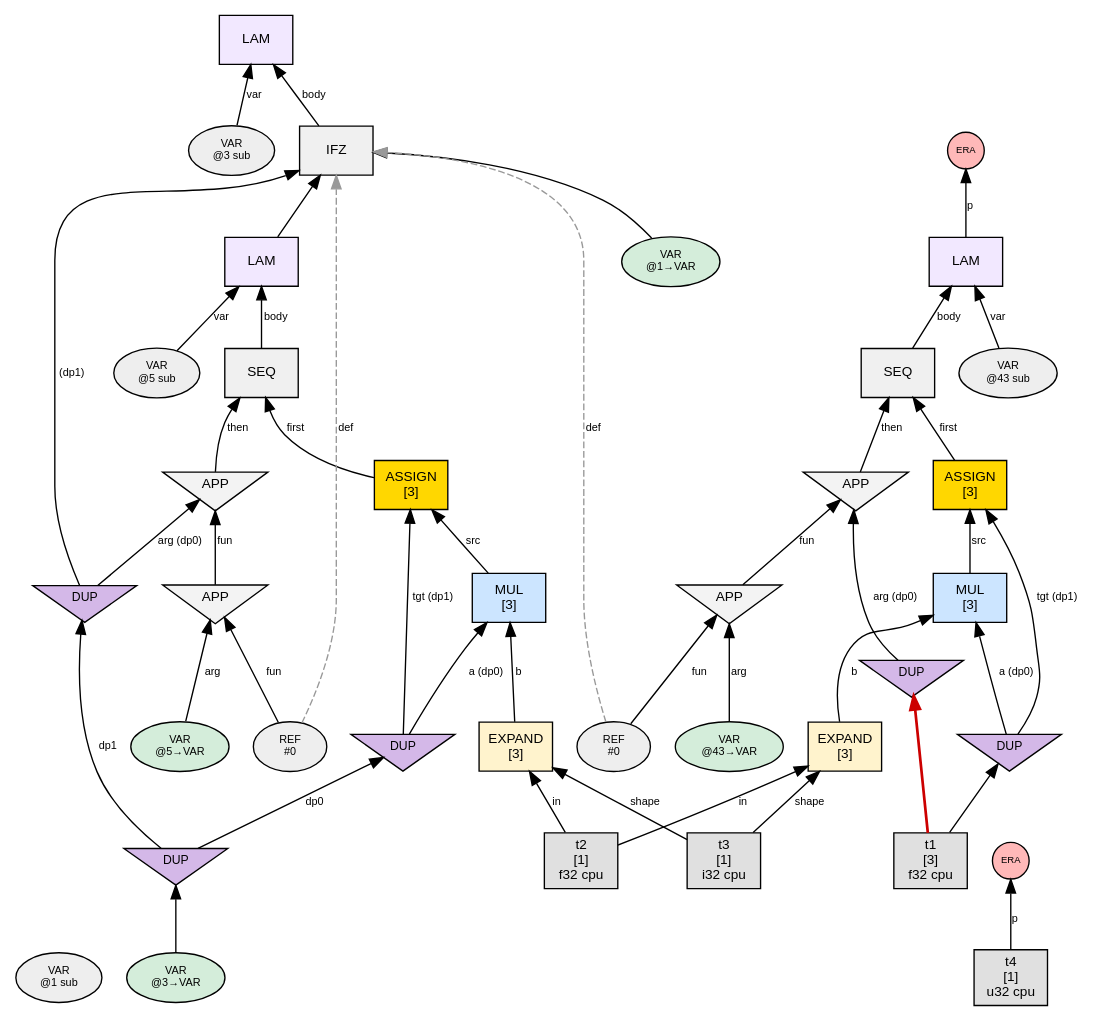
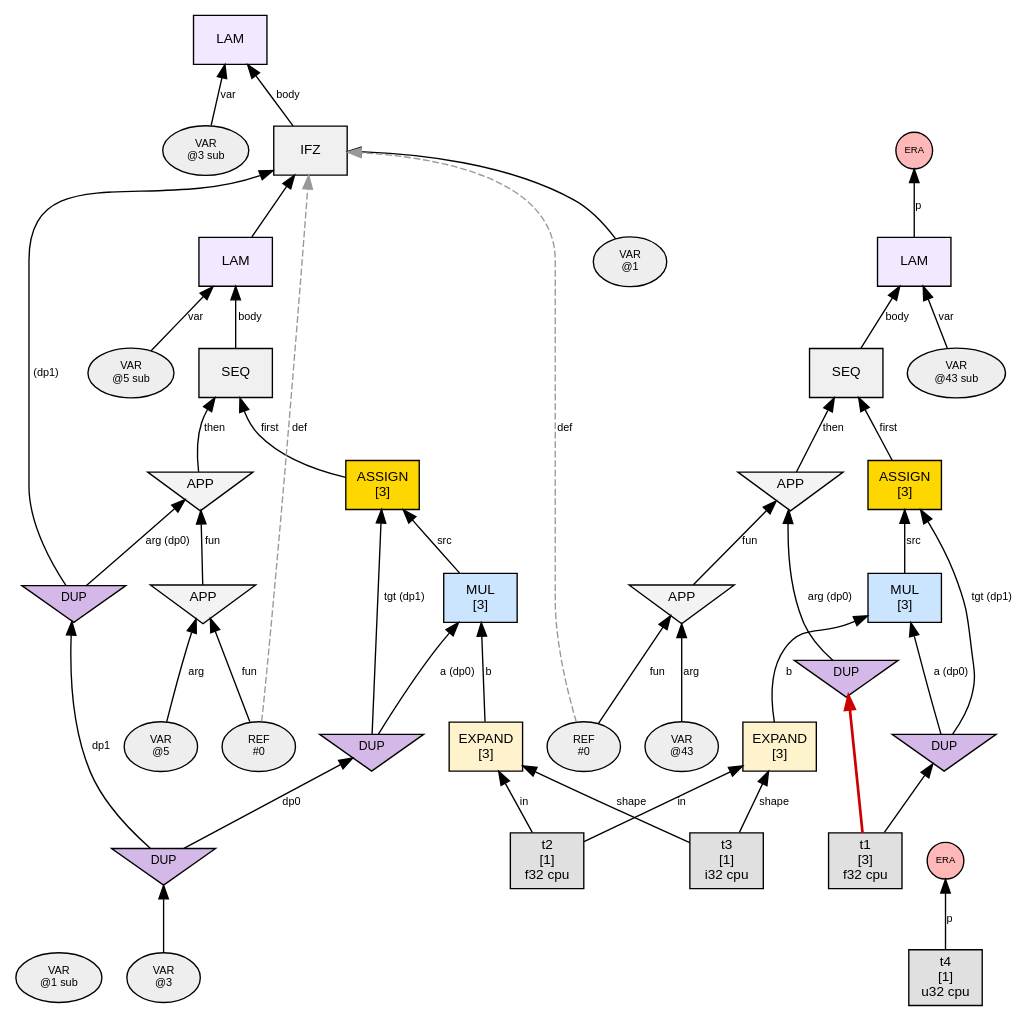
Before and after one commit to sw1sh/TinyHVM: the diagram in phase1_graphs/loop_assign_simple/n0_steps/step_007_interact_DP1.dot, drawn with Graphviz. The commit also changed 106 other files, not shown here.

```diff
--- a/phase1_graphs/loop_assign_simple/n0_steps/step_007_interact_DP1.dot
+++ b/phase1_graphs/loop_assign_simple/n0_steps/step_007_interact_DP1.dot
@@ -1,87 +1,87 @@
 digraph G {
   // PREV_INTERACTION: interact_DP1
   // NEXT_INTERACTION: interact_DP1
   rankdir=BT;
   node [fontname="Helvetica", fontsize=10, style=filled, shape=box, margin="0.1,0.05"];
   edge [fontsize=8, fontname="Helvetica"];
 
   var1 [label="VAR\n@1 sub", shape=oval, fillcolor="#eeeeee", fontsize=8];
   n3 [label="LAM", shape=box, fillcolor="#f2e8ff"];
   var3 [label="VAR\n@3 sub", shape=oval, fillcolor="#eeeeee", fontsize=8];
   var3 -> n3 [label="var"];
   n26 -> n3 [label="body"];
   n26 [label="IFZ", shape=box, fillcolor="#f0f0f0"];
-  var26 [label="VAR\n@1→VAR", shape=oval, fillcolor="#d4edda", fontsize=8];
+  var26 [label="VAR\n@1", shape=oval, fillcolor="#eeeeee", fontsize=8];
   var26 -> n26 [label=""];
   dup9 [label="DUP", shape=invtriangle, fillcolor="#d4b8e8", fontsize=9, width=0.7, height=0.5];
   dup7 -> dup9 [label="dp1"];
   dup7 [label="DUP", shape=invtriangle, fillcolor="#d4b8e8", fontsize=9, width=0.7, height=0.5];
-  var7 [label="VAR\n@3→VAR", shape=oval, fillcolor="#d4edda", fontsize=8];
+  var7 [label="VAR\n@3", shape=oval, fillcolor="#eeeeee", fontsize=8];
   var7 -> dup7;
   dup9 -> n26 [label=" (dp1)"];
   n5 -> n26 [label=""];
   var5 [label="VAR\n@5 sub", shape=oval, fillcolor="#eeeeee", fontsize=8];
   n24 [label="SEQ", shape=box, fillcolor="#f0f0f0"];
   n18 -> n24 [label="first"];
   n22 -> n24 [label="then"];
   n10 [label="EXPAND\n[3]", shape=box, fillcolor="#fff3cd"];
   t2 [label="t2\n[1]\nf32 cpu",shape=box,fillcolor="#e0e0e0"];
   t2 -> n10 [label="in"];
   t3 [label="t3\n[1]\ni32 cpu",shape=box,fillcolor="#e0e0e0"];
   t3 -> n10 [label="shape"];
   n14 [label="MUL\n[3]", shape=box, fillcolor="#cce5ff"];
   dup8 [label="DUP", shape=invtriangle, fillcolor="#d4b8e8", fontsize=9, width=0.7, height=0.5];
   dup7 -> dup8 [label="dp0"];
   dup8 -> n14 [label="a (dp0)"];
   n10 -> n14 [label="b"];
   ref20 [label="REF\n#0", shape=oval, fillcolor="#eeeeee", fontsize=8];
   ref20 -> n26 [style=dashed, color="#999999", label="def"];
+  var21 [label="VAR\n@5", shape=oval, fillcolor="#eeeeee", fontsize=8];
   n20 [label="APP", shape=invtriangle, fillcolor="#f3f3f3"];
   ref20 -> n20 [label="fun"];
-  var21 [label="VAR\n@5→VAR", shape=oval, fillcolor="#d4edda", fontsize=8];
   var21 -> n20 [label="arg"];
   n18 [label="ASSIGN\n[3]", shape=box, fillcolor="#ffd700"];
   dup8 -> n18 [label="tgt (dp1)"];
   n14 -> n18 [label="src"];
   n22 [label="APP", shape=invtriangle, fillcolor="#f3f3f3"];
   n20 -> n22 [label="fun"];
   dup9 -> n22 [label="arg (dp0)"];
   n5 [label="LAM", shape=box, fillcolor="#f2e8ff"];
   var5 -> n5 [label="var"];
   n24 -> n5 [label="body"];
   n43 [label="LAM", shape=box, fillcolor="#f2e8ff"];
   var43 [label="VAR\n@43 sub", shape=oval, fillcolor="#eeeeee", fontsize=8];
   var43 -> n43 [label="var"];
   n45 -> n43 [label="body"];
   n45 [label="SEQ", shape=box, fillcolor="#f0f0f0"];
   n47 -> n45 [label="first"];
   n54 -> n45 [label="then"];
   n47 [label="ASSIGN\n[3]", shape=box, fillcolor="#ffd700"];
   dup49 [label="DUP", shape=invtriangle, fillcolor="#d4b8e8", fontsize=9, width=0.7, height=0.5];
   t1 [label="t1\n[3]\nf32 cpu",shape=box,fillcolor="#e0e0e0"];
   t1 -> dup49;
   dup49 -> n47 [label="tgt (dp1)"];
   n50 -> n47 [label="src"];
   n54 [label="APP", shape=invtriangle, fillcolor="#f3f3f3"];
   n56 -> n54 [label="fun"];
   dup41 [label="DUP", shape=invtriangle, fillcolor="#d4b8e8", fontsize=9, width=0.7, height=0.5];
   t1 -> dup41 [color="#cc0000",penwidth=2.0];
   dup41 -> n54 [label="arg (dp0)"];
   n50 [label="MUL\n[3]", shape=box, fillcolor="#cce5ff"];
   dup49 -> n50 [label="a (dp0)"];
   n52 -> n50 [label="b"];
   n52 [label="EXPAND\n[3]", shape=box, fillcolor="#fff3cd"];
   t2 -> n52 [label="in"];
   t3 -> n52 [label="shape"];
   n56 [label="APP", shape=invtriangle, fillcolor="#f3f3f3"];
   ref56 [label="REF\n#0", shape=oval, fillcolor="#eeeeee", fontsize=8];
   ref56 -> n56 [label="fun"];
-  var57 [label="VAR\n@43→VAR", shape=oval, fillcolor="#d4edda", fontsize=8];
+  var57 [label="VAR\n@43", shape=oval, fillcolor="#eeeeee", fontsize=8];
   var57 -> n56 [label="arg"];
   ref56 -> n26 [style=dashed, color="#999999", label="def"];
   era59 [label="ERA",shape=circle,width=0.38,height=0.38,fixedsize=true,fillcolor="#ffb8b8",fontsize=7];
   t4 [label="t4\n[1]\nu32 cpu",shape=box,fillcolor="#e0e0e0"];
   t4 -> era59 [label="p"];
   era61 [label="ERA",shape=circle,width=0.38,height=0.38,fixedsize=true,fillcolor="#ffb8b8",fontsize=7];
   n43 -> era61 [label="p"];
 }
```
